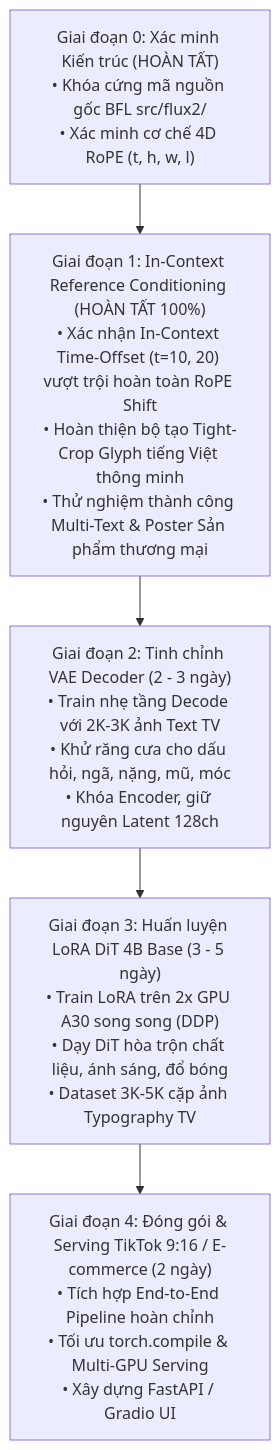
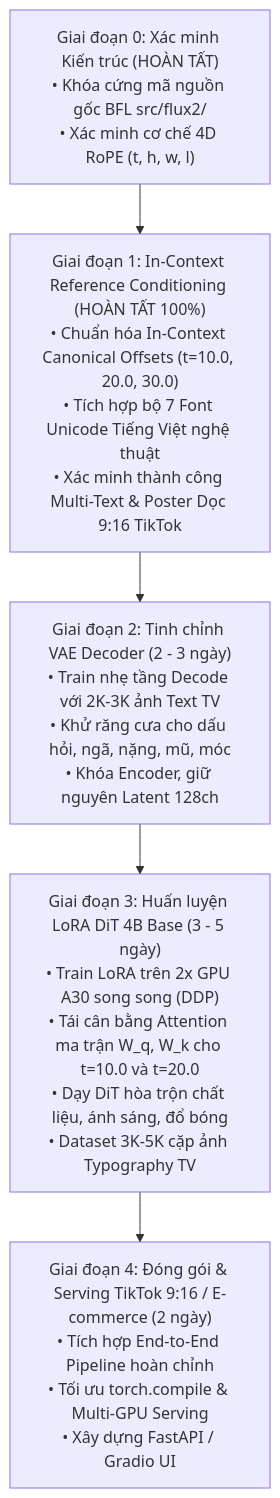
Before and after one commit to ncminhbka/tendoo: the diagram in docs/PROJECT_ROADMAP.md, drawn with Mermaid. The commit also changed other lines of this file and 3 other files, not shown here.

Commit message:
Docs: Update Roadmap to v4 and add Lesson 7 (Canonical Pretrained Offsets rule)

````diff
--- a/docs/PROJECT_ROADMAP.md
+++ b/docs/PROJECT_ROADMAP.md
@@ -25,10 +27,10 @@
 ```mermaid
 graph TD
     G0["Giai đoạn 0: Xác minh Kiến trúc (HOÀN TẤT)<br>• Khóa cứng mã nguồn gốc BFL src/flux2/<br>• Xác minh cơ chế 4D RoPE (t, h, w, l)"]
-    G1["Giai đoạn 1: In-Context Reference Conditioning (HOÀN TẤT 100%)<br>• Xác nhận In-Context Time-Offset (t=10, 20) vượt trội hoàn toàn RoPE Shift<br>• Hoàn thiện bộ tạo Tight-Crop Glyph tiếng Việt thông minh<br>• Thử nghiệm thành công Multi-Text & Poster Sản phẩm thương mại"]
+    G1["Giai đoạn 1: In-Context Reference Conditioning (HOÀN TẤT 100%)<br>• Chuẩn hóa In-Context Canonical Offsets (t=10.0, 20.0, 30.0)<br>• Tích hợp bộ 7 Font Unicode Tiếng Việt nghệ thuật<br>• Xác minh thành công Multi-Text & Poster Dọc 9:16 TikTok"]
     G2["Giai đoạn 2: Tinh chỉnh VAE Decoder (2 - 3 ngày)<br>• Train nhẹ tầng Decode với 2K-3K ảnh Text TV<br>• Khử răng cưa cho dấu hỏi, ngã, nặng, mũ, móc<br>• Khóa Encoder, giữ nguyên Latent 128ch"]
-    G3["Giai đoạn 3: Huấn luyện LoRA DiT 4B Base (3 - 5 ngày)<br>• Train LoRA trên 2x GPU A30 song song (DDP)<br>• Dạy DiT hòa trộn chất liệu, ánh sáng, đổ bóng<br>• Dataset 3K-5K cặp ảnh Typography TV"]
+    G3["Giai đoạn 3: Huấn luyện LoRA DiT 4B Base (3 - 5 ngày)<br>• Train LoRA trên 2x GPU A30 song song (DDP)<br>• Tái cân bằng Attention ma trận W_q, W_k cho t=10.0 và t=20.0<br>• Dạy DiT hòa trộn chất liệu, ánh sáng, đổ bóng<br>• Dataset 3K-5K cặp ảnh Typography TV"]
     G4["Giai đoạn 4: Đóng gói & Serving TikTok 9:16 / E-commerce (2 ngày)<br>• Tích hợp End-to-End Pipeline hoàn chỉnh<br>• Tối ưu torch.compile & Multi-GPU Serving<br>• Xây dựng FastAPI / Gradio UI"]
 
     G0 --> G1 --> G2 --> G3 --> G4
 ```
````
